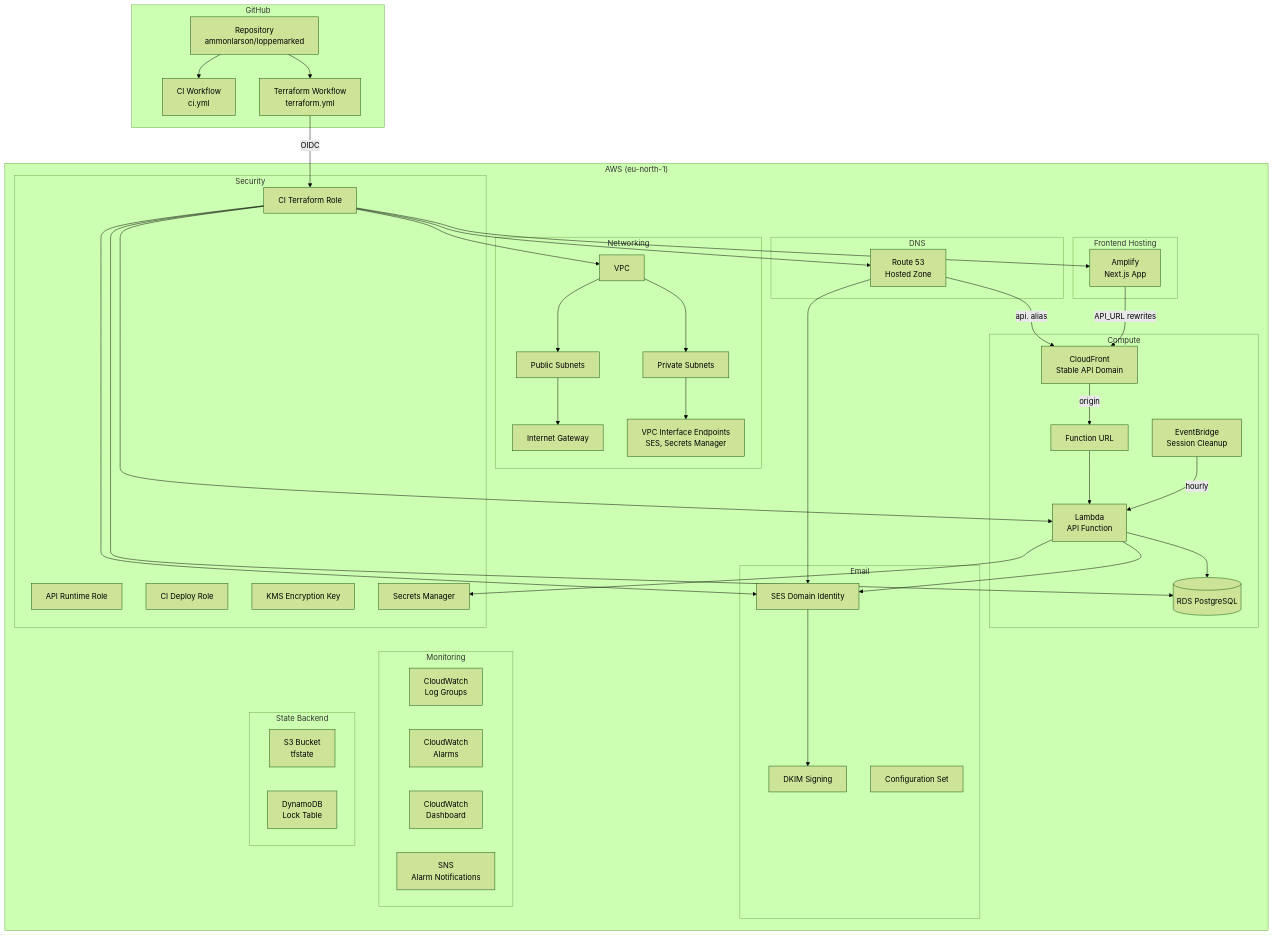
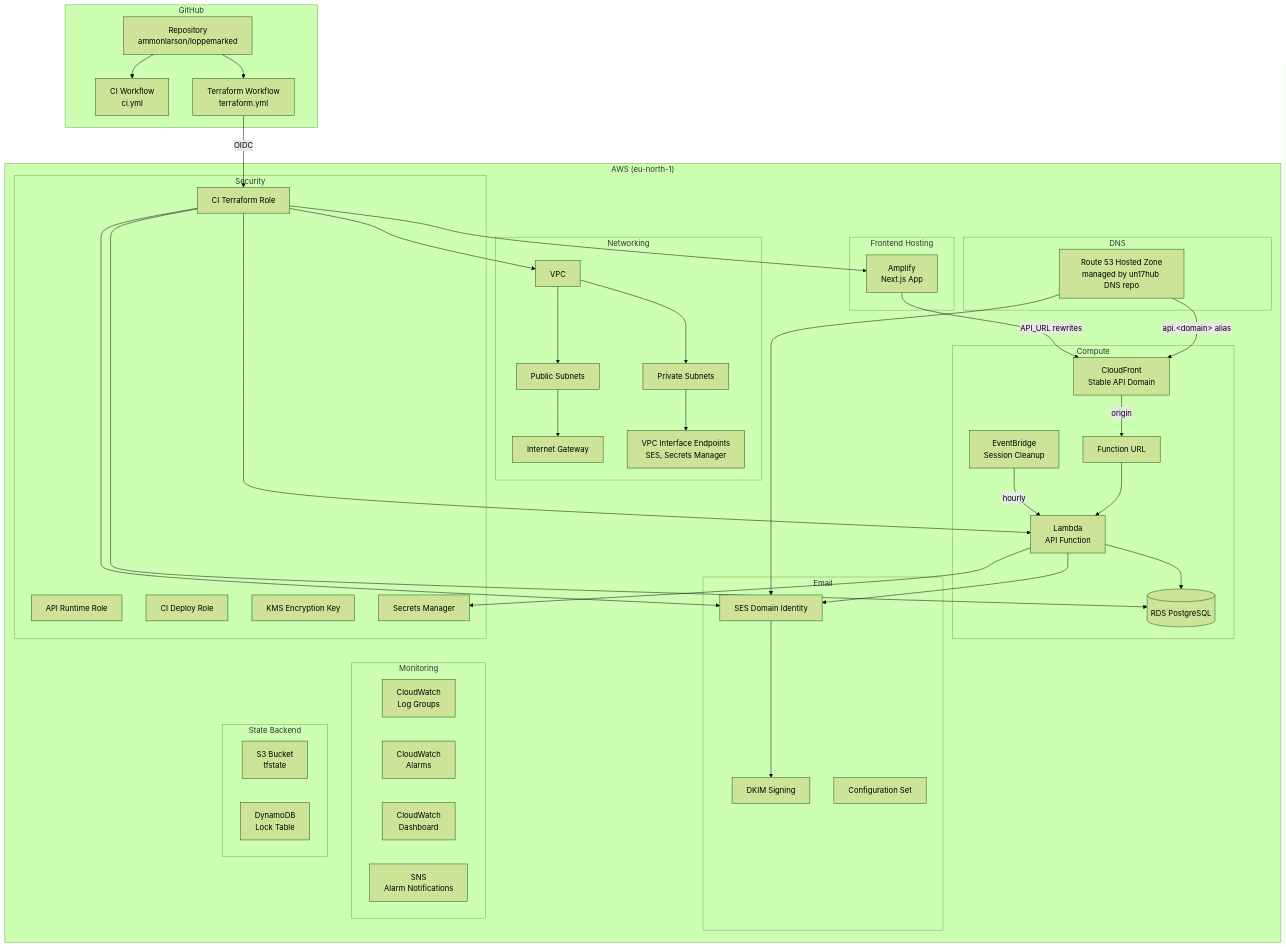
The sixth of 7 diagrams in docs/architecture.md (ammonl/loppemarked), drawn with Mermaid (forest theme) before and after one commit. The commit also changed other lines of this file and 8 other files, not shown here.

First line of the commit message:
refactor(infra): stop managing DNS records; hand them to the un17hub repo (#266)

```diff
--- a/docs/architecture.md
+++ b/docs/architecture.md
@@ -356,7 +356,7 @@
         end
 
         subgraph "DNS"
-            R53[Route 53<br/>Hosted Zone]
+            R53[Route 53 Hosted Zone<br/>managed by un17hub DNS repo]
         end
 
         subgraph "Security"
@@ -387,11 +387,10 @@
     IAM_TF --> LAMBDA
     IAM_TF --> RDS
     IAM_TF --> SES_ID
-    IAM_TF --> R53
     IAM_TF --> AMPLIFY
     LAMBDA_URL --> LAMBDA
     CF -->|origin| LAMBDA_URL
-    R53 -->|api.<domain> alias| CF
+    R53 -->|api.&lt;domain&gt; alias| CF
     AMPLIFY -->|API_URL rewrites| CF
     EB -->|hourly| LAMBDA
     LAMBDA --> RDS
```
